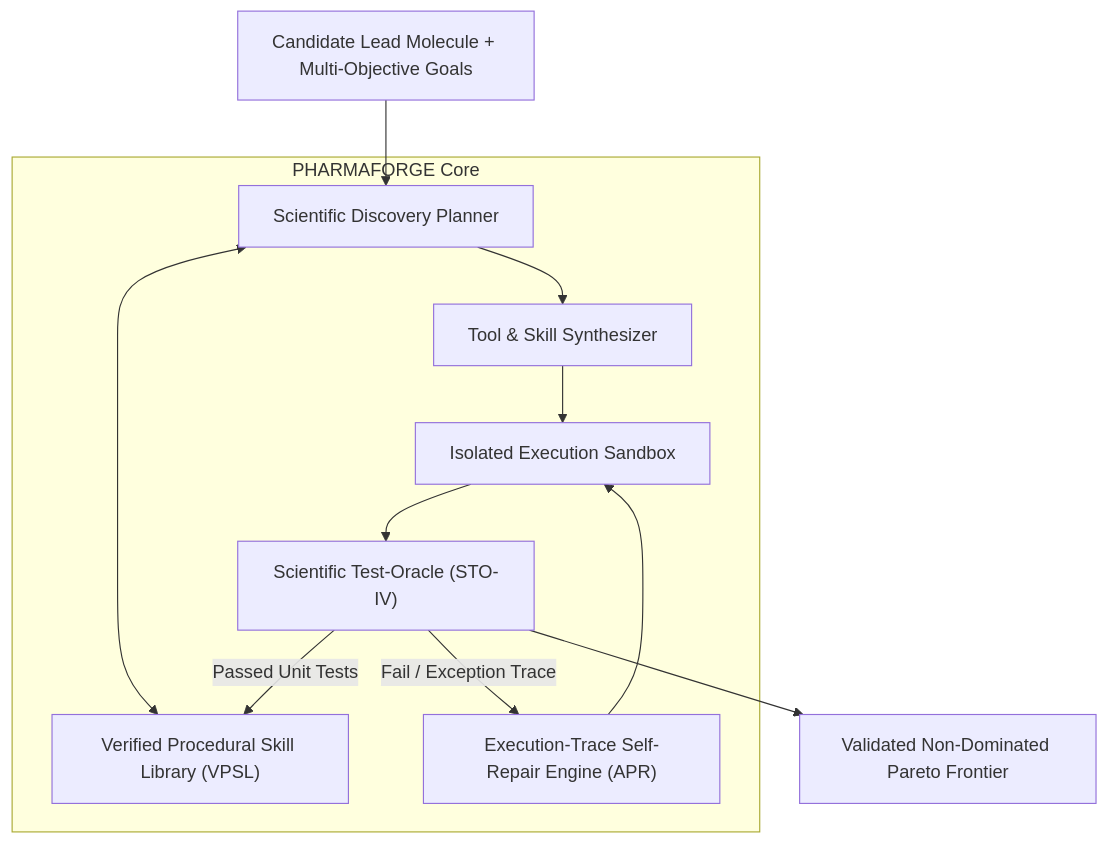
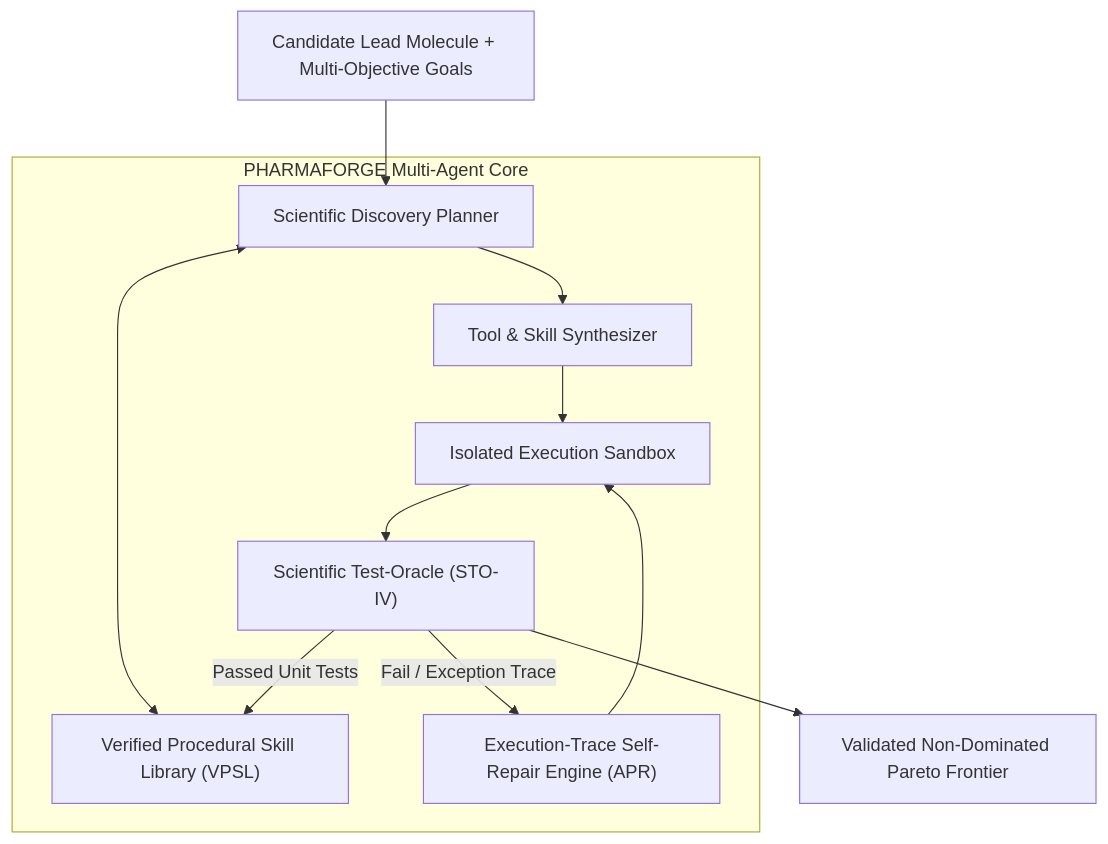
Before and after one commit to SravyaMummana2006/PHARMAFORGE: the diagram in README.md, drawn with Mermaid. The commit also changed other lines of this file and 87 other files, not shown here.

````diff
--- a/README.md
+++ b/README.md
@@ -19,22 +19,22 @@
 ```mermaid
 flowchart TD
     Lead["Candidate Lead Molecule + Multi-Objective Goals"] --> Planner
     
-    subgraph "PHARMAFORGE Core"
+    subgraph "PHARMAFORGE Multi-Agent Core"
         Planner["Scientific Discovery Planner"]
         VPSL["Verified Procedural Skill Library (VPSL)"]
         Synthesizer["Tool & Skill Synthesizer"]
         Sandbox["Isolated Execution Sandbox"]
         STO_IV["Scientific Test-Oracle (STO-IV)"]
         Repair["Execution-Trace Self-Repair Engine (APR)"]
     end
     
     Planner <--> VPSL
     Planner --> Synthesizer
     Synthesizer --> Sandbox
     Sandbox --> STO_IV
     STO_IV -- "Fail / Exception Trace" --> Repair
     Repair --> Sandbox
     STO_IV -- "Passed Unit Tests" --> VPSL
     STO_IV --> Pareto["Validated Non-Dominated Pareto Frontier"]
 ```
````
